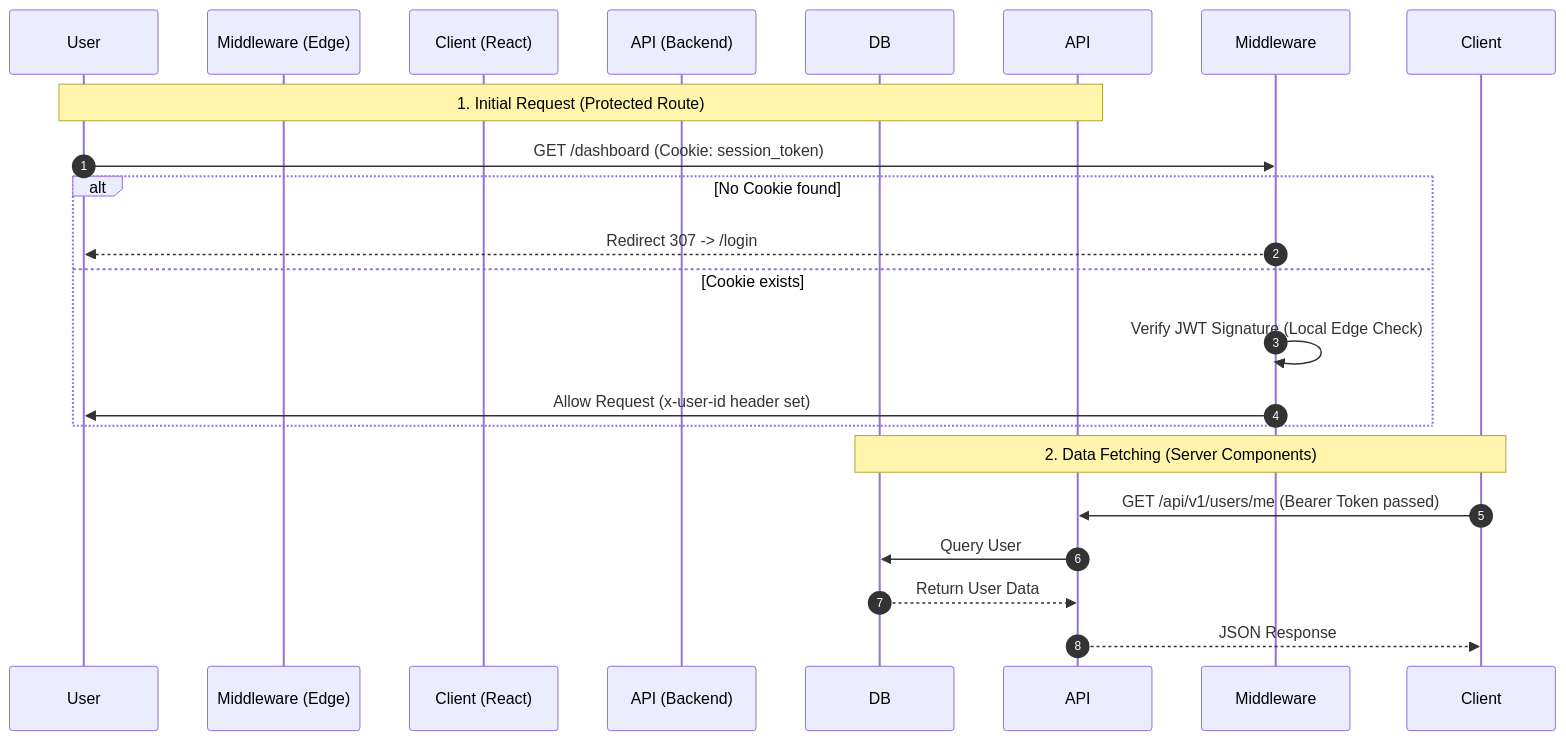
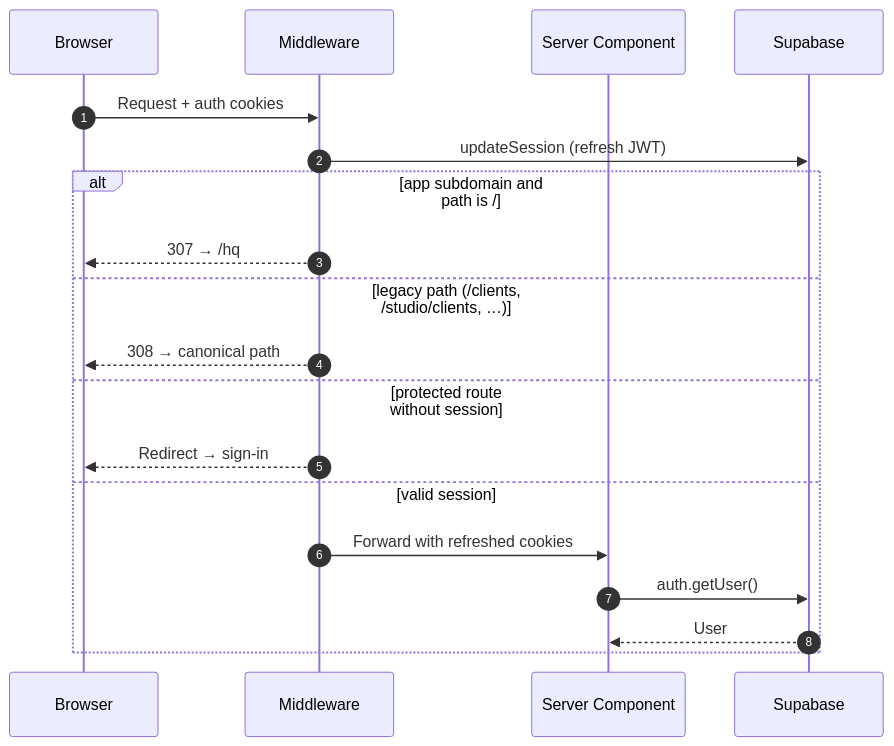
The diagram in docs/architecture/auth-flow.md (createdbysalt/salt), drawn with Mermaid before and after one commit. The commit also changed other lines of this file and 395 other files, not shown here.

````diff
--- a/docs/architecture/auth-flow.md
+++ b/docs/architecture/auth-flow.md
@@ -21,25 +22,22 @@
 ```mermaid
 sequenceDiagram
     autonumber
-    participant User
-    participant Middleware (Edge)
-    participant Client (React)
-    participant API (Backend)
-    participant DB
+    participant Browser
+    participant Middleware
+    participant RSC as Server Component
+    participant Supabase
 
-    Note over User, API: 1. Initial Request (Protected Route)
-    User->>Middleware: GET /dashboard (Cookie: session_token)
-    
-    alt No Cookie found
-        Middleware-->>User: Redirect 307 -> /login
-    else Cookie exists
-        Middleware->>Middleware: Verify JWT Signature (Local Edge Check)
-        Middleware->>User: Allow Request (x-user-id header set)
+    Browser->>Middleware: Request + auth cookies
+    Middleware->>Supabase: updateSession (refresh JWT)
+    alt app subdomain and path is /
+        Middleware-->>Browser: 307 → /hq
+    else legacy path (/clients, /studio/clients, …)
+        Middleware-->>Browser: 308 → canonical path
+    else protected route without session
+        Middleware-->>Browser: Redirect → sign-in
+    else valid session
+        Middleware->>RSC: Forward with refreshed cookies
+        RSC->>Supabase: auth.getUser()
+        Supabase-->>RSC: User
     end
-
-    Note over Client, DB: 2. Data Fetching (Server Components)
-    Client->>API: GET /api/v1/users/me (Bearer Token passed)
-    API->>DB: Query User
-    DB-->>API: Return User Data
-    API-->>Client: JSON Response
 ```
````
